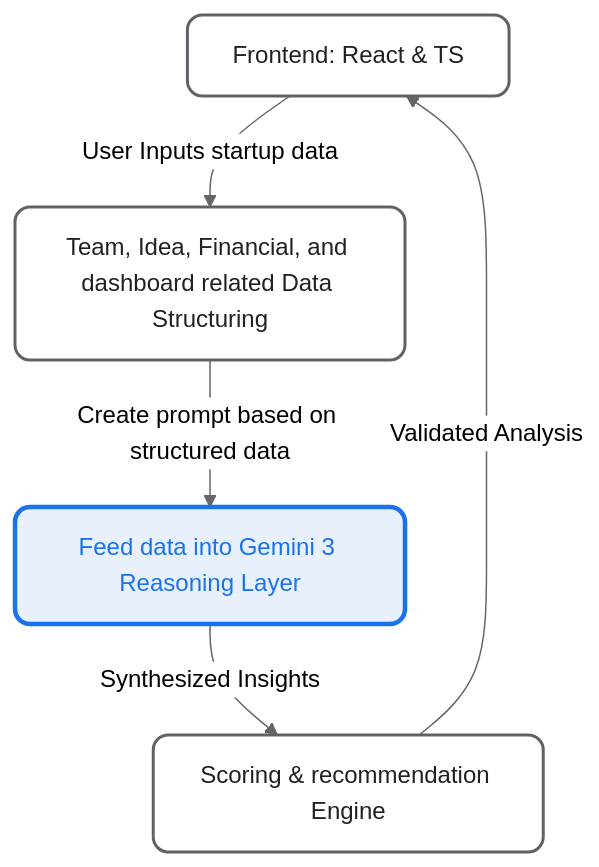
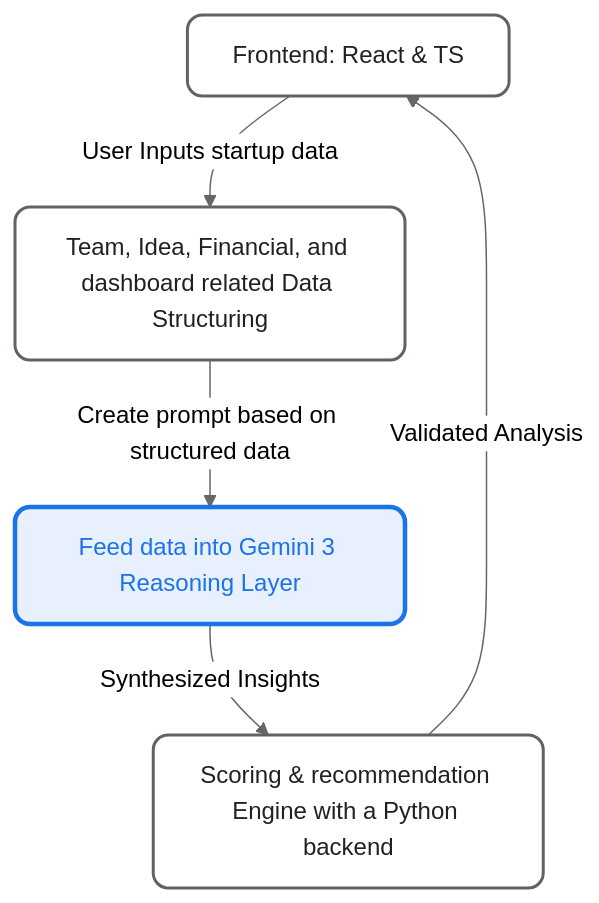
Before and after one commit to indra094/Foundry: the first of 2 diagrams in README.md, drawn with Mermaid (neutral theme).

````diff
--- a/README.md
+++ b/README.md
@@ -81,21 +81,21 @@
 ```mermaid
 graph TD
     %% Nodes
     A[Frontend: React & TS]
     C[Team, Idea, Financial, and dashboard related Data Structuring]
     D[Feed data into Gemini 3 Reasoning Layer]
-    E[Scoring & recommendation Engine]
+    E[Scoring & recommendation Engine with a Python backend]
 
     %% Connections
     A -->|User Inputs startup data| C
     C -->|Create prompt based on structured data| D
     D -->|Synthesized Insights| E
     E -->|Validated Analysis| A
 
     %% Styling
     classDef box fill:#ffffff,stroke:#5f6368,stroke-width:2px,color:#202124,rx:10,ry:10;
     classDef gemini fill:#e8f0fe,stroke:#1a73e8,stroke-width:3px,color:#1a73e8,rx:10,ry:10;
 
     class A,B,C,E box;
     class D gemini;
 ```
````
